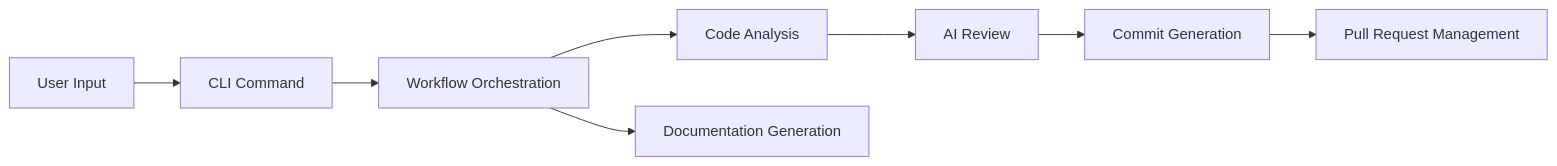
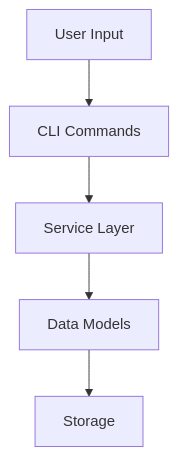
The third of 3 diagrams in docs/architecture.md (geogoesbeepboop/refiner), drawn with Mermaid before and after one commit. The commit also changed other lines of this file and 7 other files, not shown here.

````diff
--- a/docs/architecture.md
+++ b/docs/architecture.md
@@ -163,10 +155,7 @@
 ```mermaid
-flowchart LR
-    A[User Input] --> B[CLI Command]
-    B --> C[Workflow Orchestration]
-    C --> D[Code Analysis]
-    D --> E[AI Review]
-    E --> F[Commit Generation]
-    F --> G[Pull Request Management]
-    C --> H[Documentation Generation]
+graph TD;
+    A[User Input] --> B[CLI Commands];
+    B --> C[Service Layer];
+    C --> D[Data Models];
+    D --> E[Storage];
 ```
````
